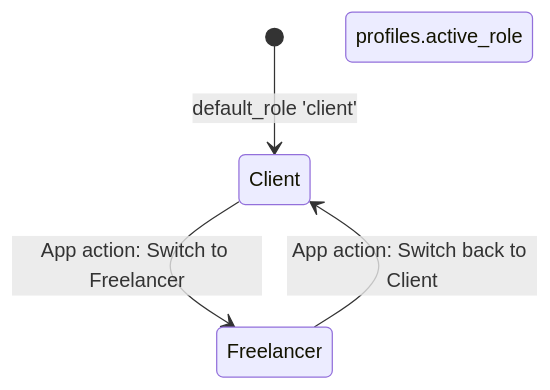
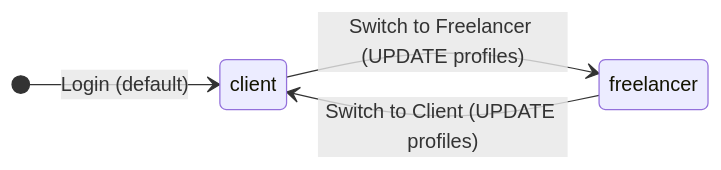
The first of 2 diagrams in Sline_everything/AppDigram/All_Diagrams/02_role-switching-flow.md (faroqomar/SlineProject), drawn with Mermaid before and after one commit. The commit also changed other lines of this file and 228 other files, not shown here.

````diff
--- a/Sline_everything/AppDigram/All_Diagrams/02_role-switching-flow.md
+++ b/Sline_everything/AppDigram/All_Diagrams/02_role-switching-flow.md
@@ -33,8 +140,7 @@
 ```mermaid
 stateDiagram-v2
-    [*] --> Client: default_role 'client'
-    state "profiles.active_role" as Role
-
-    Client --> Freelancer: App action: Switch to Freelancer
-    Freelancer --> Client: App action: Switch back to Client
+    direction LR
+    [*] --> client : Login (default)
+    client --> freelancer : Switch to Freelancer (UPDATE profiles)
+    freelancer --> client : Switch to Client (UPDATE profiles)
 ```
````
